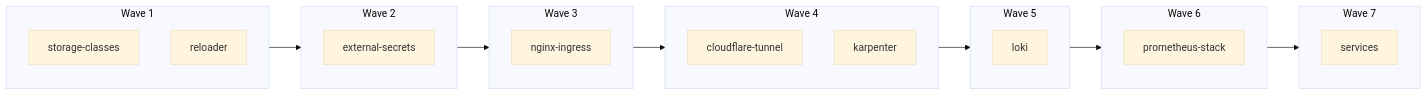
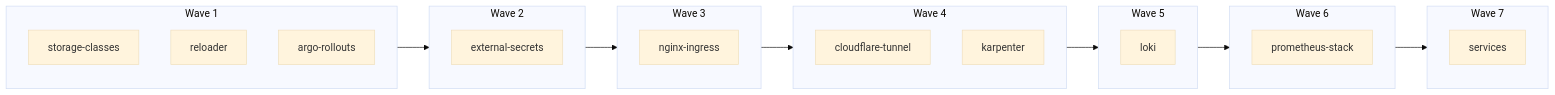
Before and after one commit to AmbientWare/lazycloud: the fourth of 5 diagrams in docs/architecture.md, drawn with Mermaid (base theme). The commit also changed other lines of this file and 10 other files, not shown here.

````diff
--- a/docs/architecture.md
+++ b/docs/architecture.md
@@ -95,34 +96,35 @@
 ```mermaid
 flowchart LR
     subgraph Wave1[Wave 1]
         SC[storage-classes]
         R[reloader]
+        AR[argo-rollouts]
     end
 
     subgraph Wave2[Wave 2]
         ES[external-secrets]
     end
 
     subgraph Wave3[Wave 3]
         NG[nginx-ingress]
     end
 
     subgraph Wave4[Wave 4]
         CF[cloudflare-tunnel]
         KP[karpenter]
     end
 
     subgraph Wave5[Wave 5]
         LK[loki]
     end
 
     subgraph Wave6[Wave 6]
         PM[prometheus-stack]
     end
 
     subgraph Wave7[Wave 7]
         SVC[services]
     end
 
     Wave1 --> Wave2 --> Wave3 --> Wave4 --> Wave5 --> Wave6 --> Wave7
 ```
````
